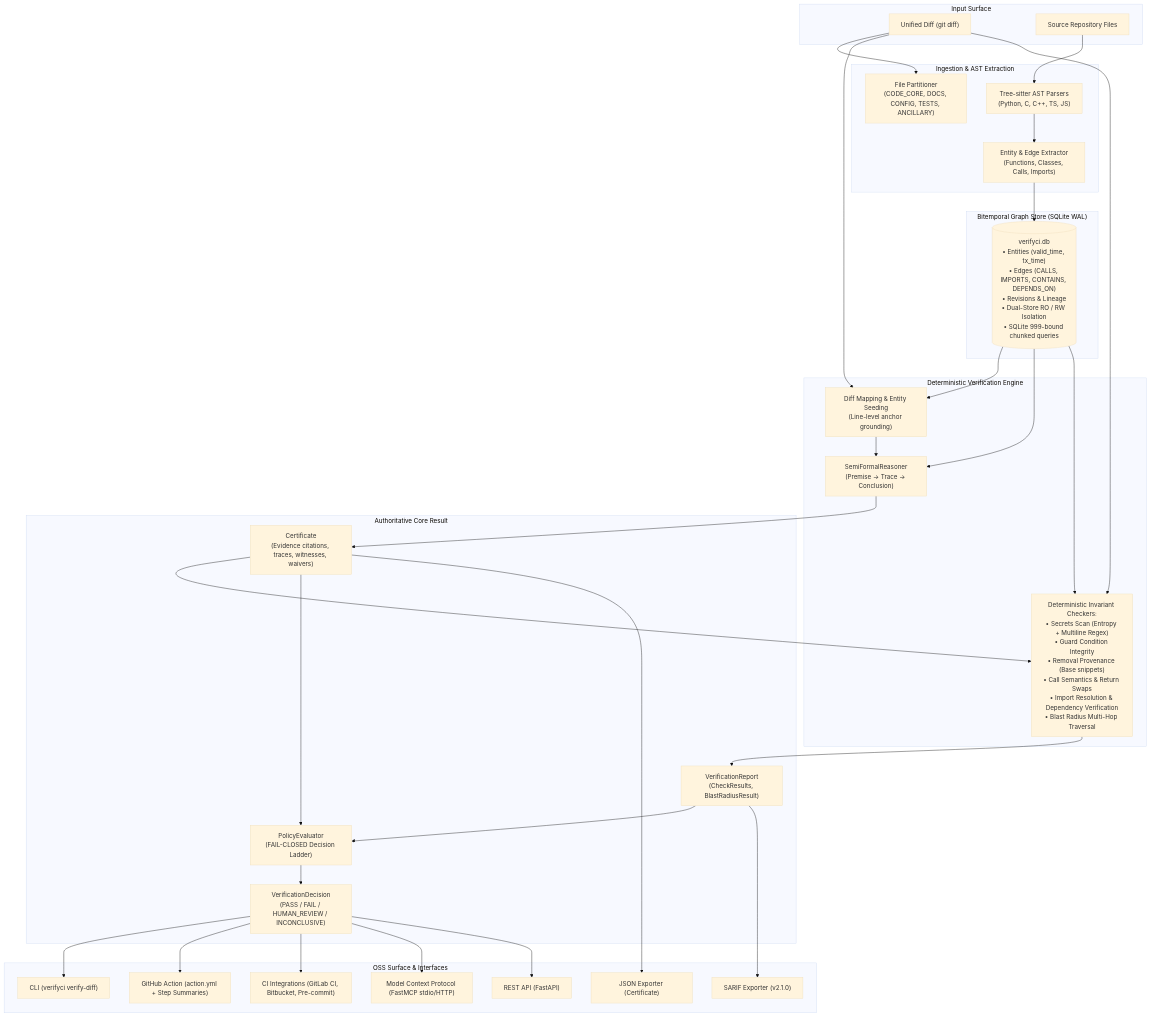
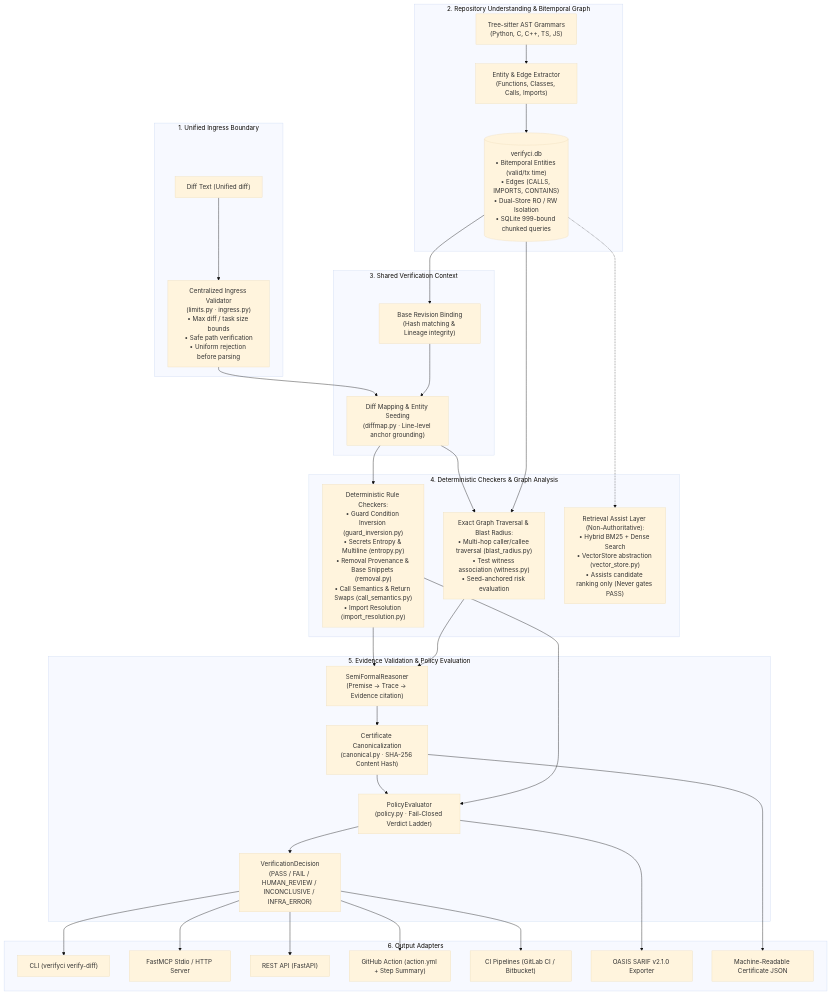
The diagram in docs/architecture.md (NeutronZero/VerifyCI), drawn with Mermaid (base theme) before and after one commit. The commit also changed other lines of this file and 7 other files, not shown here.

Commit message:
feat(arch): unify ingress validation, add canonical certificate hashing, and enforce evidence provenance

````diff
--- a/docs/architecture.md
+++ b/docs/architecture.md
@@ -9,68 +11,69 @@
 ```mermaid
 flowchart TD
-    subgraph Input["Input Surface"]
-        Diff["Unified Diff (git diff)"]
-        SourceRepo["Source Repository Files"]
+    subgraph Stage1["1. Unified Ingress Boundary"]
+        RawDiff["Diff Text (Unified diff)"]
+        Ingress["Centralized Ingress Validator\n(limits.py · ingress.py)\n• Max diff / task size bounds\n• Safe path verification\n• Uniform rejection before parsing"]
     end
 
-    subgraph Ingestion["Ingestion & AST Extraction"]
-        TreeSitter["Tree-sitter AST Parsers\n(Python, C, C++, TS, JS)"]
+    subgraph Stage2["2. Repository Understanding & Bitemporal Graph"]
+        TreeSitter["Tree-sitter AST Grammars\n(Python, C, C++, TS, JS)"]
         Extractor["Entity & Edge Extractor\n(Functions, Classes, Calls, Imports)"]
-        Partitioner["File Partitioner\n(CODE_CORE, DOCS, CONFIG, TESTS, ANCILLARY)"]
+        GraphDB[("verifyci.db\n• Bitemporal Entities (valid/tx time)\n• Edges (CALLS, IMPORTS, CONTAINS)\n• Dual-Store RO / RW Isolation\n• SQLite 999-bound chunked queries")]
     end
 
-    subgraph Storage["Bitemporal Graph Store (SQLite WAL)"]
-        GraphDB[("verifyci.db\n• Entities (valid_time, tx_time)\n• Edges (CALLS, IMPORTS, CONTAINS, DEPENDS_ON)\n• Revisions & Lineage\n• Dual-Store RO / RW Isolation\n• SQLite 999-bound chunked queries")]
+    subgraph Stage3["3. Shared Verification Context"]
+        DiffMap["Diff Mapping & Entity Seeding\n(diffmap.py · Line-level anchor grounding)"]
+        BaseRef["Base Revision Binding\n(Hash matching & Lineage integrity)"]
     end
 
-    subgraph Verification["Deterministic Verification Engine"]
-        DiffMap["Diff Mapping & Entity Seeding\n(Line-level anchor grounding)"]
-        Reasoner["SemiFormalReasoner\n(Premise → Trace → Conclusion)"]
-        Checkers["Deterministic Invariant Checkers:\n• Secrets Scan (Entropy + Multiline Regex)\n• Guard Condition Integrity\n• Removal Provenance (Base snippets)\n• Call Semantics & Return Swaps\n• Import Resolution & Dependency Verification\n• Blast Radius Multi-Hop Traversal"]
+    subgraph Stage4["4. Deterministic Checkers & Graph Analysis"]
+        Checkers["Deterministic Rule Checkers:\n• Guard Condition Inversion (guard_inversion.py)\n• Secrets Entropy & Multiline (entropy.py)\n• Removal Provenance & Base Snippets (removal.py)\n• Call Semantics & Return Swaps (call_semantics.py)\n• Import Resolution (import_resolution.py)"]
+        GraphTraversal["Exact Graph Traversal & Blast Radius:\n• Multi-hop caller/callee traversal (blast_radius.py)\n• Test witness association (witness.py)\n• Seed-anchored risk evaluation"]
+        RetrievalAssist["Retrieval Assist Layer (Non-Authoritative):\n• Hybrid BM25 + Dense Search\n• VectorStore abstraction (vector_store.py)\n• Assists candidate ranking only (Never gates PASS)"]
     end
 
-    subgraph CoreOutput["Authoritative Core Result"]
-        Cert["Certificate\n(Evidence citations, traces, witnesses, waivers)"]
-        Report["VerificationReport\n(CheckResults, BlastRadiusResult)"]
-        Evaluator["PolicyEvaluator\n(FAIL-CLOSED Decision Ladder)"]
-        Decision["VerificationDecision\n(PASS / FAIL / HUMAN_REVIEW / INCONCLUSIVE)"]
+    subgraph Stage5["5. Evidence Validation & Policy Evaluation"]
+        Reasoner["SemiFormalReasoner\n(Premise → Trace → Evidence citation)"]
+        CertAttest["Certificate Canonicalization\n(canonical.py · SHA-256 Content Hash)"]
+        Evaluator["PolicyEvaluator\n(policy.py · Fail-Closed Verdict Ladder)"]
+        Decision["VerificationDecision\n(PASS / FAIL / HUMAN_REVIEW / INCONCLUSIVE / INFRA_ERROR)"]
     end
 
-    subgraph Surface["OSS Surface & Interfaces"]
+    subgraph Stage6["6. Output Adapters"]
         CLI["CLI (verifyci verify-diff)"]
-        MCP["Model Context Protocol (FastMCP stdio/HTTP)"]
+        MCP["FastMCP Stdio / HTTP Server"]
         HTTP["REST API (FastAPI)"]
-        SARIF["SARIF Exporter (v2.1.0)"]
-        JSON["JSON Exporter (Certificate)"]
-        GHA["GitHub Action (action.yml + Step Summaries)"]
-        CI["CI Integrations (GitLab CI, Bitbucket, Pre-commit)"]
+        GHA["GitHub Action (action.yml + Step Summary)"]
+        CI["CI Pipelines (GitLab CI / Bitbucket)"]
+        SARIF["OASIS SARIF v2.1.0 Exporter"]
+        JSON["Machine-Readable Certificate JSON"]
     end
 
-    SourceRepo --> TreeSitter
+    RawDiff --> Ingress
+    Ingress --> DiffMap
+
     TreeSitter --> Extractor
     Extractor --> GraphDB
+    GraphDB --> BaseRef
+    BaseRef --> DiffMap
 
-    Diff --> Partitioner
-    Diff --> DiffMap
-    GraphDB --> DiffMap
-    DiffMap --> Reasoner
-    GraphDB --> Reasoner
-    Reasoner --> Cert
+    DiffMap --> Checkers
+    DiffMap --> GraphTraversal
+    GraphDB --> GraphTraversal
+    GraphDB -.-> RetrievalAssist
 
-    Cert --> Checkers
-    Diff --> Checkers
-    GraphDB --> Checkers
-    Checkers --> Report
-
-    Cert --> Evaluator
-    Report --> Evaluator
+    Checkers --> Reasoner
+    GraphTraversal --> Reasoner
+    Reasoner --> CertAttest
+    CertAttest --> Evaluator
+    Checkers --> Evaluator
     Evaluator --> Decision
 
     Decision --> CLI
-    Cert --> JSON
-    Report --> SARIF
+    Decision --> MCP
+    Decision --> HTTP
     Decision --> GHA
     Decision --> CI
-    Decision --> MCP
-    Decision --> HTTP
+    CertAttest --> JSON
+    Evaluator --> SARIF
 ```
````
